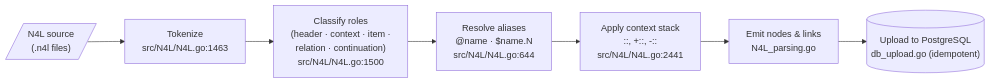
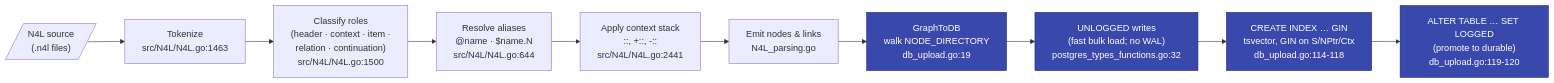
The diagram in docs/N4L.md (markburgess/SSTorytime), drawn with Mermaid before and after one commit. The commit also changed other lines of this file, not shown here.

First line of the commit message:
docs(n4l): extend compile diagram through upload pipeline, widen exit 1 description

````diff
--- a/docs/N4L.md
+++ b/docs/N4L.md
@@ -46,12 +46,19 @@
 ```mermaid
 flowchart LR
     INPUT[/"N4L source<br/>(.n4l files)"/]
     TOKEN["Tokenize<br/>src/N4L/N4L.go:1463"]
     CLASSIFY["Classify roles<br/>(header · context · item ·<br/>relation · continuation)<br/>src/N4L/N4L.go:1500"]
     ALIAS["Resolve aliases<br/>@name · $name.N<br/>src/N4L/N4L.go:644"]
     CONTEXT["Apply context stack<br/>::, +::, -::<br/>src/N4L/N4L.go:2441"]
     EMIT["Emit nodes &amp; links<br/>N4L_parsing.go"]
-    UPLOAD[("Upload to PostgreSQL<br/>db_upload.go (idempotent)")]
+    GTDB["GraphToDB<br/>walk NODE_DIRECTORY<br/>db_upload.go:19"]
+    UNLOGGED["UNLOGGED writes<br/>(fast bulk load; no WAL)<br/>postgres_types_functions.go:32"]
+    GIN["CREATE INDEX … GIN<br/>tsvector, GIN on S/NPtr/Ctx<br/>db_upload.go:114-118"]
+    LOGGED["ALTER TABLE … SET LOGGED<br/>(promote to durable)<br/>db_upload.go:119-120"]
 
-    INPUT --> TOKEN --> CLASSIFY --> ALIAS --> CONTEXT --> EMIT --> UPLOAD
+    INPUT --> TOKEN --> CLASSIFY --> ALIAS --> CONTEXT --> EMIT --> GTDB
+    GTDB --> UNLOGGED --> GIN --> LOGGED
+
+    classDef upload fill:#3949AB,stroke:#1a237e,color:#fff;
+    class GTDB,UNLOGGED,GIN,LOGGED upload;
 ```
````
